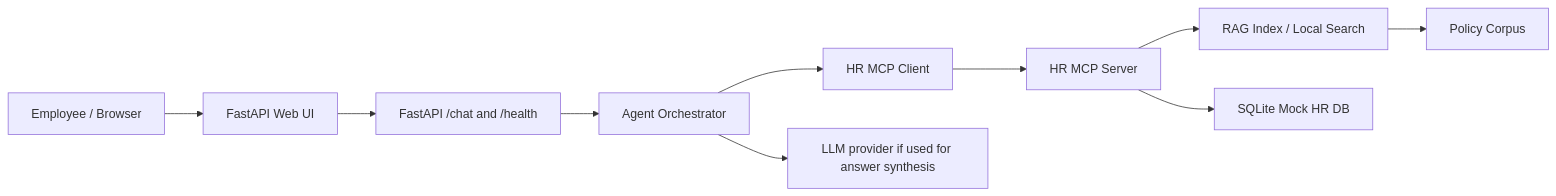
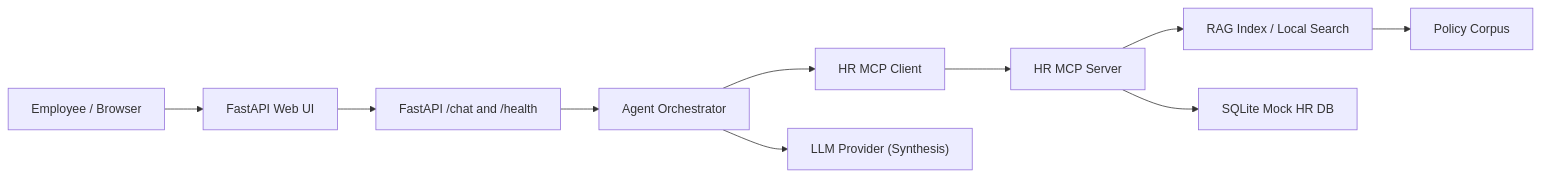
One commit to mukuns/hr-agentic-system changed the diagram in design-and-evaluation.md. Above: the diagram before and after it, drawn with Mermaid. The commit also changed 1 other file, not shown here.

Commit message:
fix(docs): fix Mermaid diagram syntax for GitHub rendering

````diff
--- a/design-and-evaluation.md
+++ b/design-and-evaluation.md
@@ -7,12 +7,12 @@
 ```mermaid
 flowchart LR
-    User[Employee / Browser] --> UI[FastAPI Web UI]
-    UI --> API[FastAPI /chat and /health]
-    API --> ORCH[Agent Orchestrator]
-    ORCH --> MCP[HR MCP Client]
-    MCP --> Server[HR MCP Server]
-    Server --> RAG[RAG Index / Local Search]
-    Server --> DB[SQLite Mock HR DB]
-    RAG --> Corpus[Policy Corpus]
-    ORCH --> LLM[LLM provider if used for answer synthesis]
+    User["Employee / Browser"] --> UI["FastAPI Web UI"]
+    UI --> API["FastAPI /chat and /health"]
+    API --> ORCH["Agent Orchestrator"]
+    ORCH --> MCP["HR MCP Client"]
+    MCP --> Server["HR MCP Server"]
+    Server --> RAG["RAG Index / Local Search"]
+    Server --> DB["SQLite Mock HR DB"]
+    RAG --> Corpus["Policy Corpus"]
+    ORCH --> LLM["LLM Provider (Synthesis)"]
 ```
````
